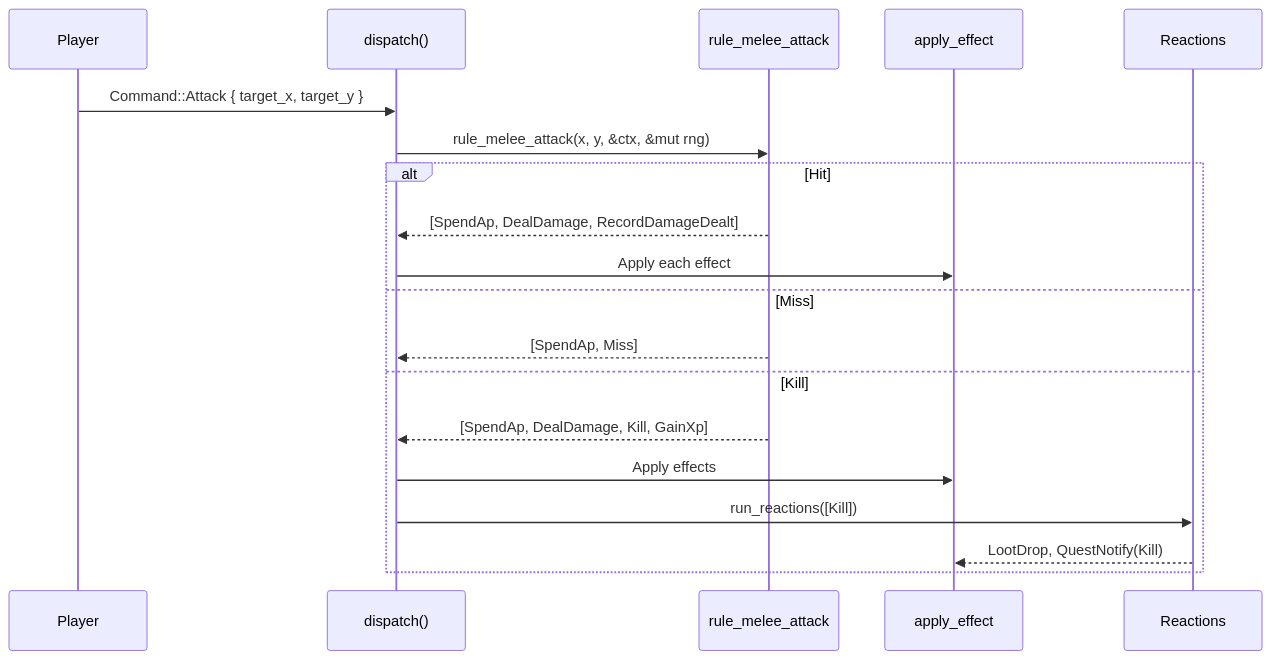
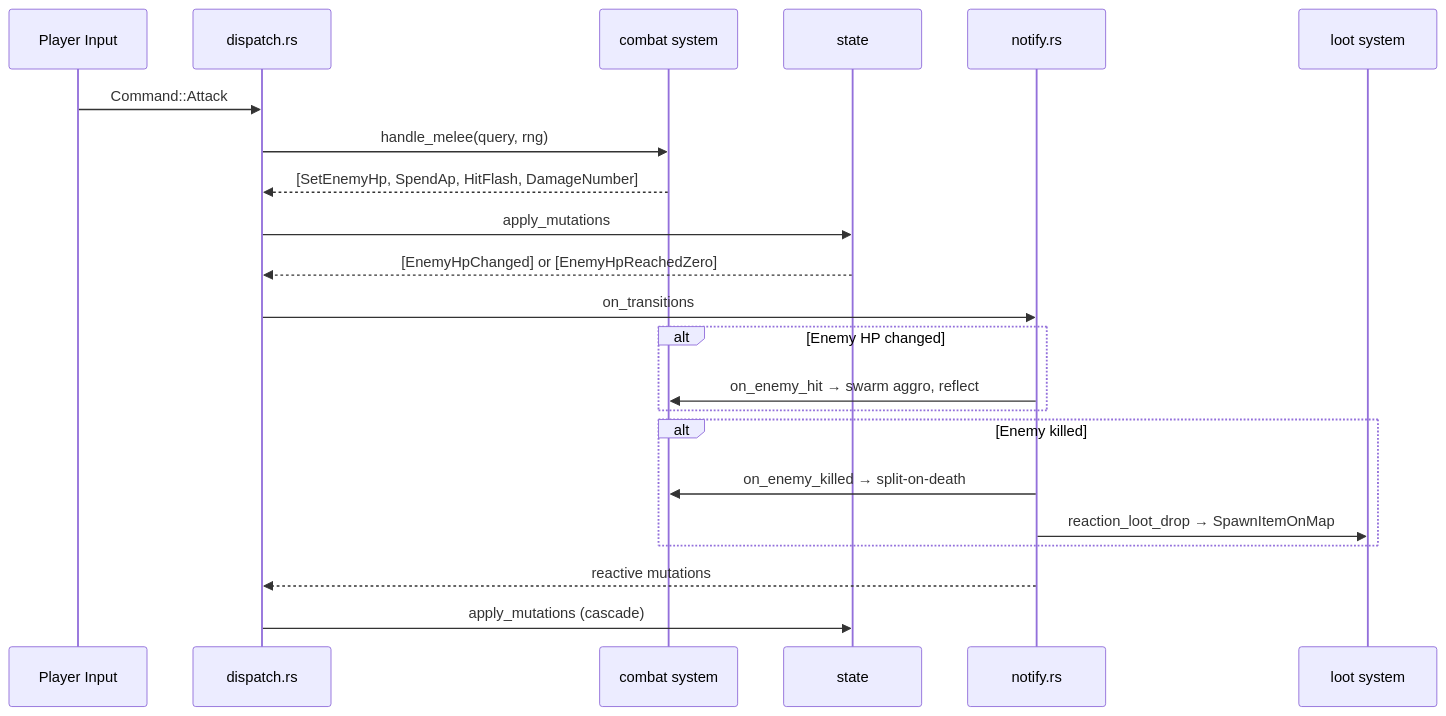
Before and after one commit to EliasVahlberg/saltglass-steppe: the third of 10 diagrams in .agents/summary/workflows.md, drawn with Mermaid. The commit also changed other lines of this file and 30 other files, not shown here.

````diff
--- a/.agents/summary/workflows.md
+++ b/.agents/summary/workflows.md
@@ -72,22 +46,25 @@
 ```mermaid
 sequenceDiagram
-    participant P as Player
-    participant D as dispatch()
-    participant R as rule_melee_attack
-    participant A as apply_effect
-    participant React as Reactions
+    participant P as Player Input
+    participant D as dispatch.rs
+    participant C as combat system
+    participant S as state
+    participant N as notify.rs
+    participant L as loot system
 
-    P->>D: Command::Attack { target_x, target_y }
-    D->>R: rule_melee_attack(x, y, &ctx, &mut rng)
-    alt Hit
-        R-->>D: [SpendAp, DealDamage, RecordDamageDealt]
-        D->>A: Apply each effect
-    else Miss
-        R-->>D: [SpendAp, Miss]
-    else Kill
-        R-->>D: [SpendAp, DealDamage, Kill, GainXp]
-        D->>A: Apply effects
-        D->>React: run_reactions([Kill])
-        React-->>A: LootDrop, QuestNotify(Kill)
+    P->>D: Command::Attack
+    D->>C: handle_melee(query, rng)
+    C-->>D: [SetEnemyHp, SpendAp, HitFlash, DamageNumber]
+    D->>S: apply_mutations
+    S-->>D: [EnemyHpChanged] or [EnemyHpReachedZero]
+    D->>N: on_transitions
+    alt Enemy HP changed
+        N->>C: on_enemy_hit → swarm aggro, reflect
     end
+    alt Enemy killed
+        N->>C: on_enemy_killed → split-on-death
+        N->>L: reaction_loot_drop → SpawnItemOnMap
+    end
+    N-->>D: reactive mutations
+    D->>S: apply_mutations (cascade)
 ```
````
